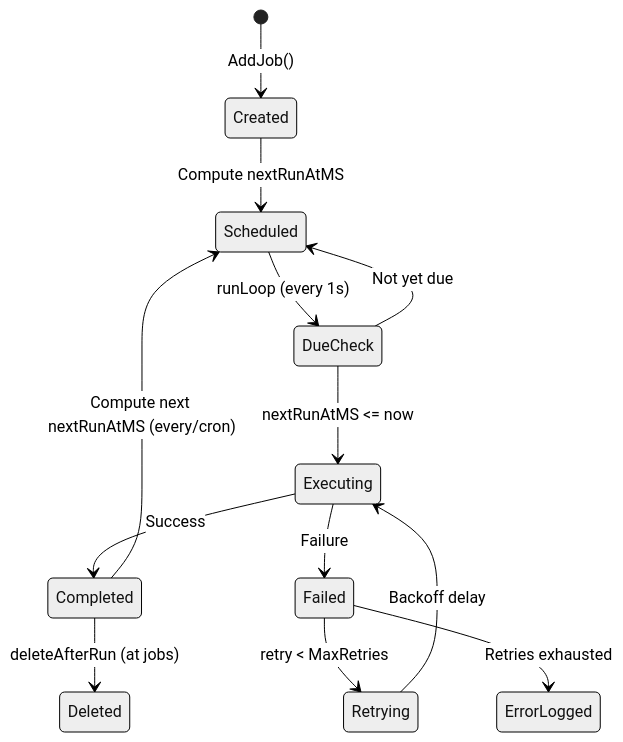
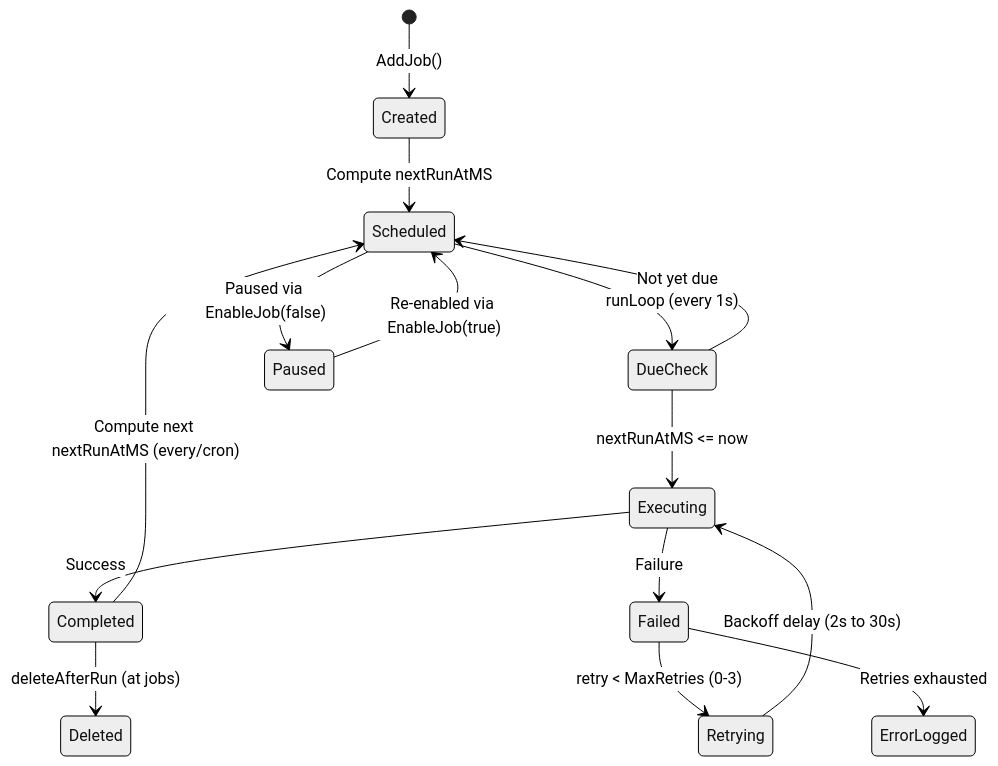
Before and after one commit to qkhalk/goclaw: the second of 2 diagrams in docs/08-scheduling-cron.md, drawn with Mermaid (neutral theme). The commit also changed other lines of this file and 22 other files, not shown here.

````diff
--- a/docs/08-scheduling-cron.md
+++ b/docs/08-scheduling-cron.md
@@ -127,15 +145,17 @@
 ```mermaid
 stateDiagram-v2
     [*] --> Created: AddJob()
     Created --> Scheduled: Compute nextRunAtMS
     Scheduled --> DueCheck: runLoop (every 1s)
     DueCheck --> Scheduled: Not yet due
     DueCheck --> Executing: nextRunAtMS <= now
     Executing --> Completed: Success
     Executing --> Failed: Failure
-    Failed --> Retrying: retry < MaxRetries
-    Retrying --> Executing: Backoff delay
+    Failed --> Retrying: retry < MaxRetries (0-3)
+    Retrying --> Executing: Backoff delay (2s to 30s)
     Failed --> ErrorLogged: Retries exhausted
     Completed --> Scheduled: Compute next nextRunAtMS (every/cron)
     Completed --> Deleted: deleteAfterRun (at jobs)
+    Scheduled --> Paused: Paused via EnableJob(false)
+    Paused --> Scheduled: Re-enabled via EnableJob(true)
 ```
````
